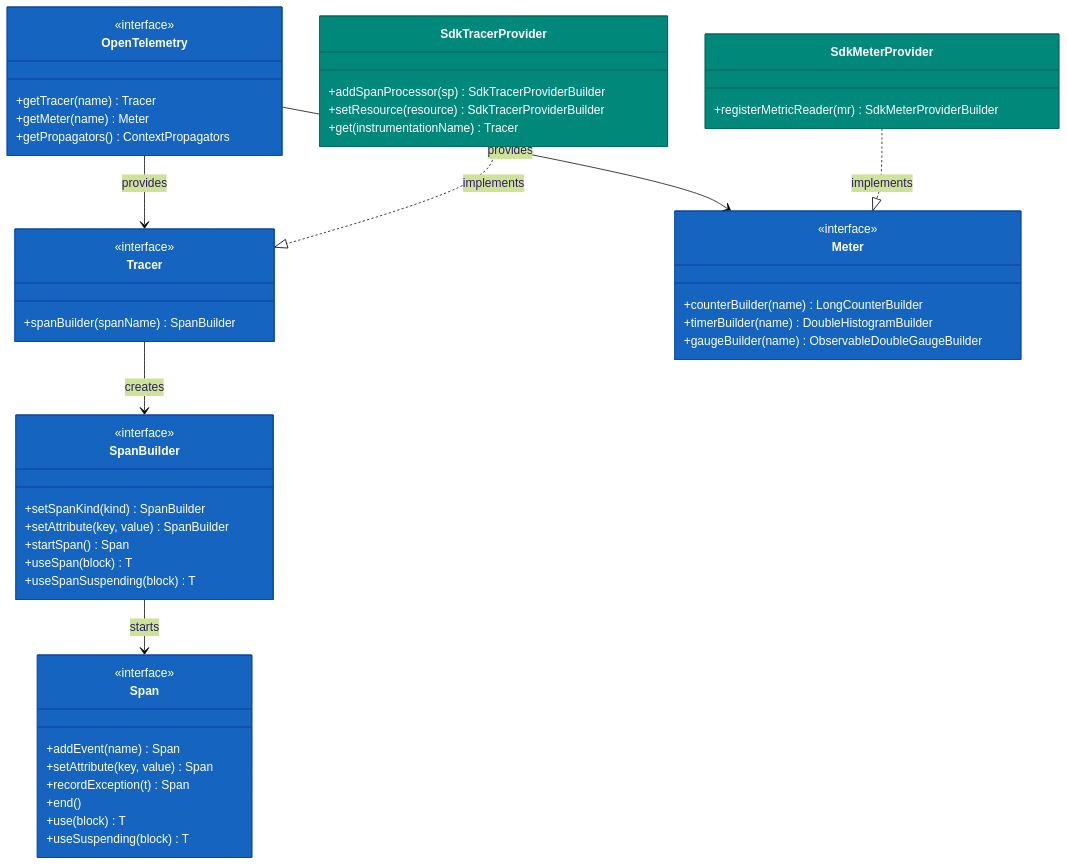
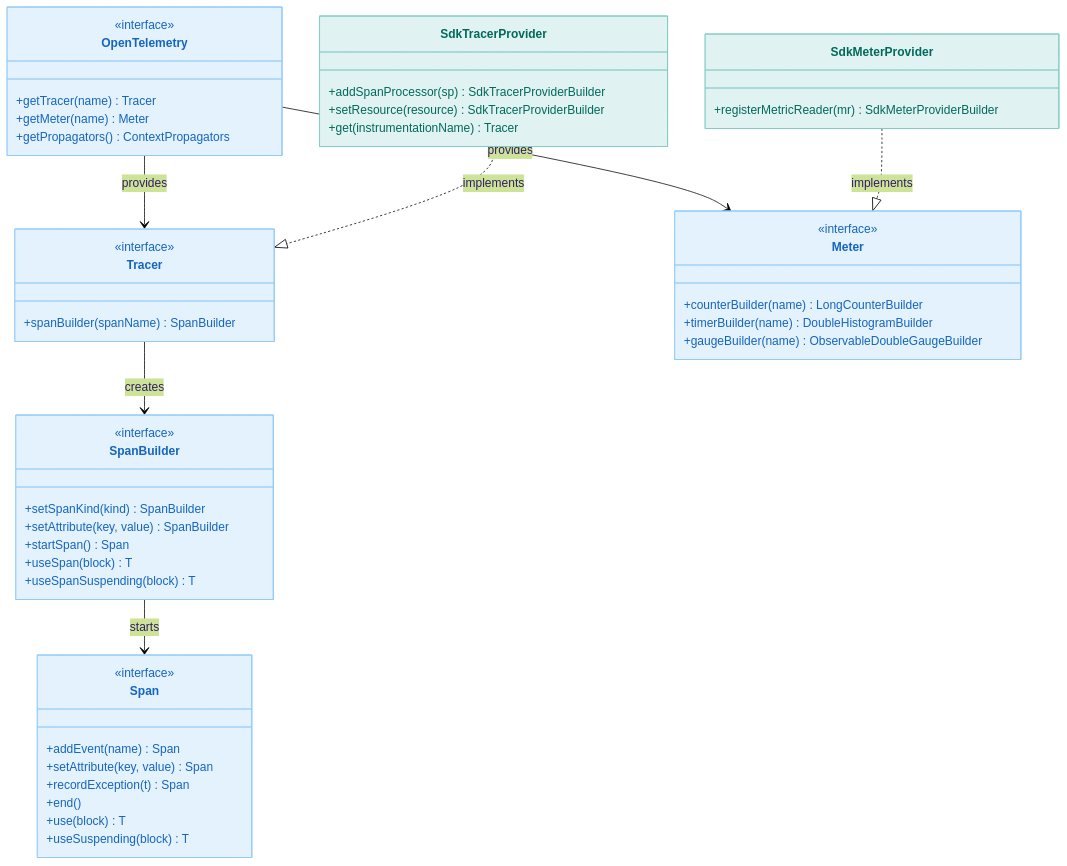
One commit to bluetape4k/bluetape4k-projects changed the first of 4 diagrams in infra/opentelemetry/README.md. Above: the diagram before and after it, drawn with Mermaid (forest theme). The commit also changed other lines of this file and 219 other files, not shown here.

First line of the commit message:
docs: 전체 README Mermaid 다이어그램 가이드 적용

````diff
--- a/infra/opentelemetry/README.md
+++ b/infra/opentelemetry/README.md
@@ -256,66 +256,66 @@
 ```mermaid
 classDiagram
     class OpenTelemetry {
         <<interface>>
         +getTracer(name) Tracer
         +getMeter(name) Meter
         +getPropagators() ContextPropagators
     }
 
     class Tracer {
         <<interface>>
         +spanBuilder(spanName) SpanBuilder
     }
 
     class SpanBuilder {
         <<interface>>
         +setSpanKind(kind) SpanBuilder
         +setAttribute(key, value) SpanBuilder
         +startSpan() Span
         +useSpan(block) T
         +useSpanSuspending(block) T
     }
 
     class Span {
         <<interface>>
         +addEvent(name) Span
         +setAttribute(key, value) Span
         +recordException(t) Span
         +end()
         +use(block) T
         +useSuspending(block) T
     }
 
     class SdkTracerProvider {
         +addSpanProcessor(sp) SdkTracerProviderBuilder
         +setResource(resource) SdkTracerProviderBuilder
         +get(instrumentationName) Tracer
     }
 
     class SdkMeterProvider {
         +registerMetricReader(mr) SdkMeterProviderBuilder
     }
 
     class Meter {
         <<interface>>
         +counterBuilder(name) LongCounterBuilder
         +timerBuilder(name) DoubleHistogramBuilder
         +gaugeBuilder(name) ObservableDoubleGaugeBuilder
     }
 
     OpenTelemetry --> Tracer: provides
     OpenTelemetry --> Meter: provides
     Tracer --> SpanBuilder: creates
     SpanBuilder --> Span: starts
     SdkTracerProvider ..|> Tracer: implements
     SdkMeterProvider ..|> Meter: implements
 
-    style OpenTelemetry fill:#1565C0,stroke:#0D47A1,color:#FFFFFF
-    style Tracer fill:#1565C0,stroke:#0D47A1,color:#FFFFFF
-    style SpanBuilder fill:#1565C0,stroke:#0D47A1,color:#FFFFFF
-    style Span fill:#1565C0,stroke:#0D47A1,color:#FFFFFF
-    style Meter fill:#1565C0,stroke:#0D47A1,color:#FFFFFF
-    style SdkTracerProvider fill:#00897B,stroke:#00695C,color:#FFFFFF
-    style SdkMeterProvider fill:#00897B,stroke:#00695C,color:#FFFFFF
+    style OpenTelemetry fill:#E3F2FD,stroke:#90CAF9,color:#1565C0
+    style Tracer fill:#E3F2FD,stroke:#90CAF9,color:#1565C0
+    style SpanBuilder fill:#E3F2FD,stroke:#90CAF9,color:#1565C0
+    style Span fill:#E3F2FD,stroke:#90CAF9,color:#1565C0
+    style Meter fill:#E3F2FD,stroke:#90CAF9,color:#1565C0
+    style SdkTracerProvider fill:#E0F2F1,stroke:#80CBC4,color:#00695C
+    style SdkMeterProvider fill:#E0F2F1,stroke:#80CBC4,color:#00695C
 
 ```
````
